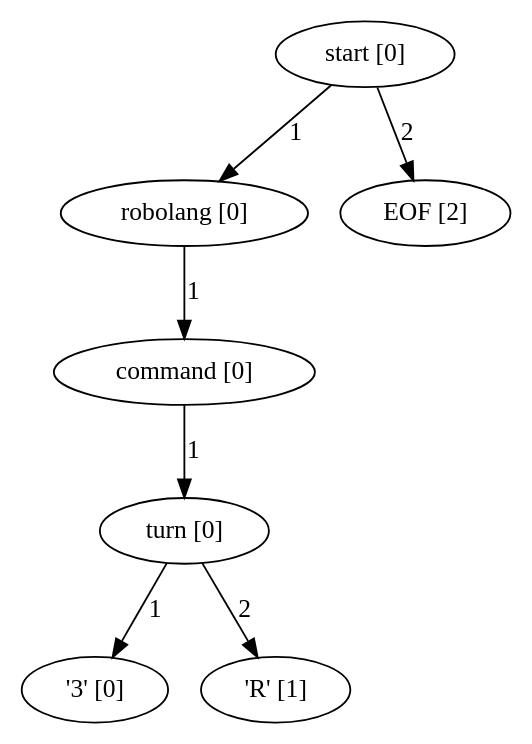
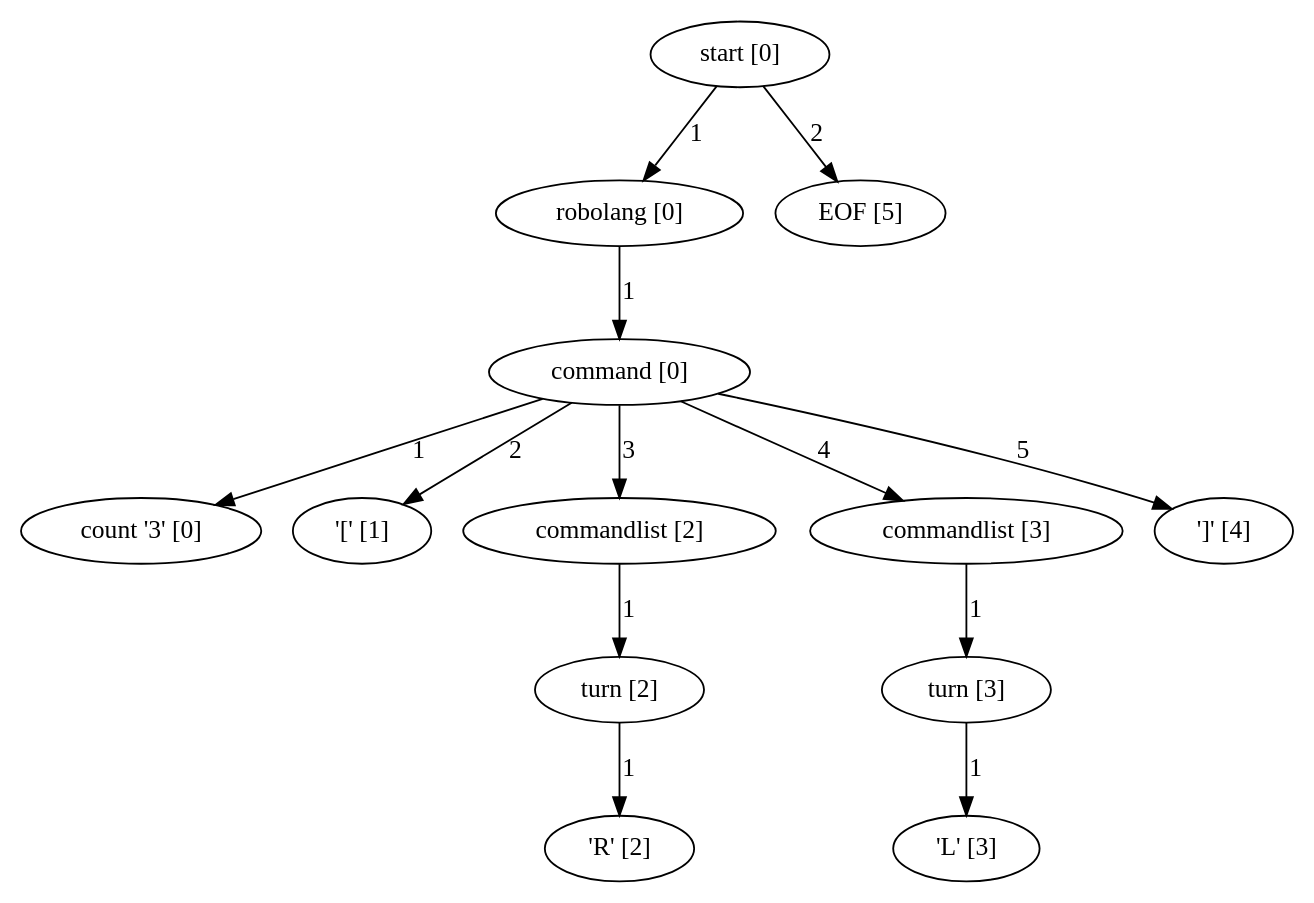
One commit to pragdave/nathan changed the diagram in start_parse_tree.dot. Above: the diagram before and after it, drawn with Graphviz. The commit also changed 6 other files, not shown here.

```diff
--- a/start_parse_tree.dot
+++ b/start_parse_tree.dot
@@ -1,21 +1,39 @@
 digraph arpeggio_graph {
-1569207821176 [label="start [0]"];
-1569207821176->1569207821040 [label="1"]
+2089388173240 [label="start [0]"];
+2089388173240->2089388172968 [label="1"]
 
-1569207821040 [label="robolang [0]"];
-1569207821040->1569207820904 [label="1"]
+2089388172968 [label="robolang [0]"];
+2089388172968->2089388173104 [label="1"]
 
-1569207820904 [label="command [0]"];
-1569207820904->1569207820768 [label="1"]
+2089388173104 [label="command [0]"];
+2089388173104->2089388072416 [label="1"]
 
-1569207820768 [label="turn [0]"];
-1569207820768->1569207739160 [label="1"]
+2089388072416 [label="count '3' [0]"];
+2089388173104->2089388072296 [label="2"]
 
-1569207739160 [label=" '3' [0]"];
-1569207820768->1569207739280 [label="2"]
+2089388072296 [label=" '[' [1]"];
+2089388173104->2089388172560 [label="3"]
 
-1569207739280 [label=" 'R' [1]"];
-1569207821176->1569207738920 [label="2"]
+2089388172560 [label="commandlist [2]"];
+2089388172560->2089388076840 [label="1"]
 
-1569207738920 [label="EOF [2]"];
+2089388076840 [label="turn [2]"];
+2089388076840->2089388072056 [label="1"]
+
+2089388072056 [label=" 'R' [2]"];
+2089388173104->2089388172696 [label="4"]
+
+2089388172696 [label="commandlist [3]"];
+2089388172696->2089388172832 [label="1"]
+
+2089388172832 [label="turn [3]"];
+2089388172832->2089388072176 [label="1"]
+
+2089388072176 [label=" 'L' [3]"];
+2089388173104->2089388072656 [label="5"]
+
+2089388072656 [label=" ']' [4]"];
+2089388173240->2089388072776 [label="2"]
+
+2089388072776 [label="EOF [5]"];
 }
```
